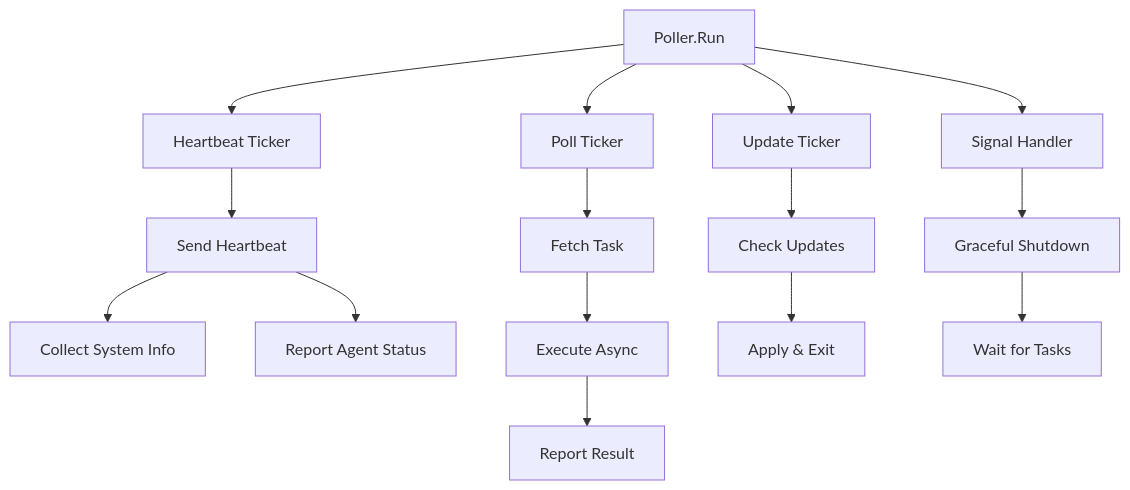
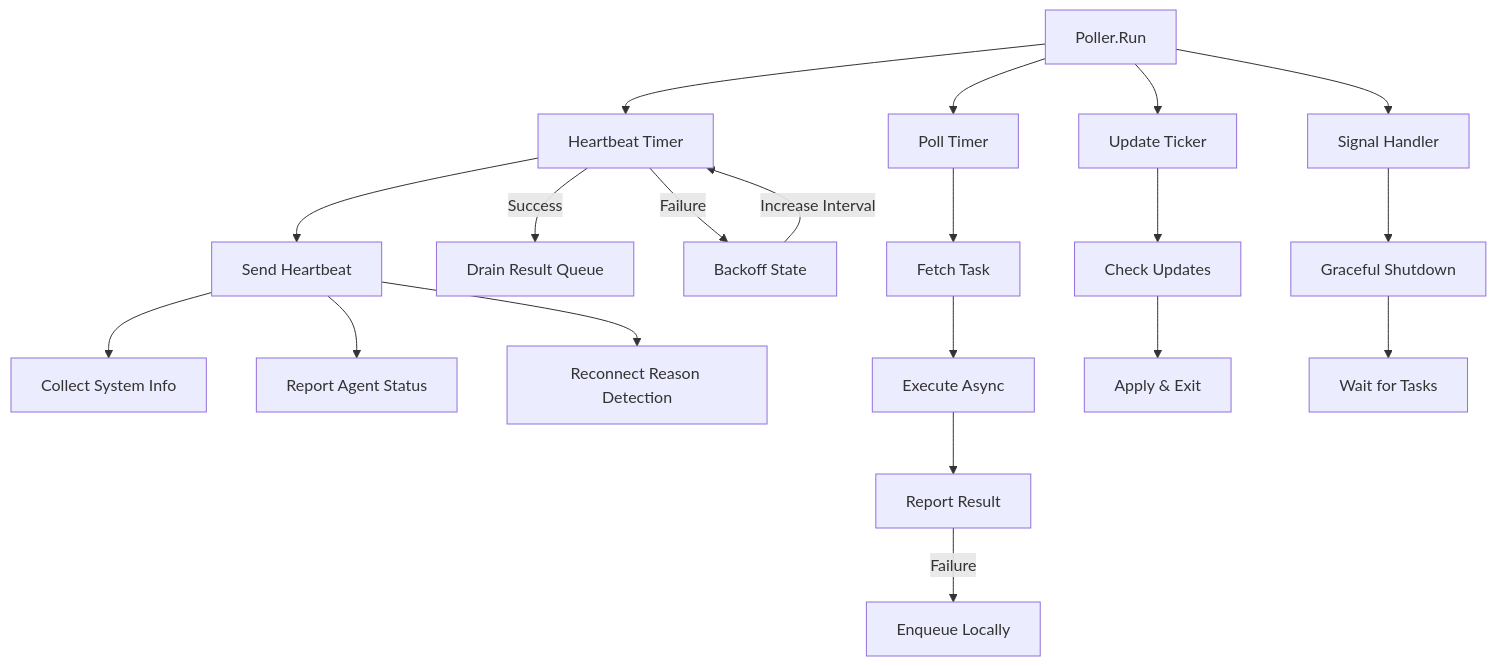
The first of 3 diagrams in wiki/docs/developer-guide/agent/architecture.md (projectachilles/ProjectAchilles), drawn with Mermaid before and after one commit. The commit also changed other lines of this file and 5 other files, not shown here.

````diff
--- a/wiki/docs/developer-guide/agent/architecture.md
+++ b/wiki/docs/developer-guide/agent/architecture.md
@@ -17,21 +17,27 @@
 ```mermaid
 graph TD
-    A[Poller.Run] --> B[Heartbeat Ticker]
-    A --> C[Poll Ticker]
+    A[Poller.Run] --> B[Heartbeat Timer]
+    A --> C[Poll Timer]
     A --> D[Update Ticker]
     A --> E[Signal Handler]
 
     B --> F[Send Heartbeat]
     F --> G[Collect System Info]
     F --> H[Report Agent Status]
+    F --> I[Reconnect Reason Detection]
 
-    C --> I[Fetch Task]
-    I --> J[Execute Async]
-    J --> K[Report Result]
+    B -->|Success| J[Drain Result Queue]
+    B -->|Failure| K[Backoff State]
+    K -->|Increase Interval| B
 
-    D --> L[Check Updates]
-    L --> M[Apply & Exit]
+    C --> L[Fetch Task]
+    L --> M[Execute Async]
+    M --> N[Report Result]
+    N -->|Failure| O[Enqueue Locally]
 
-    E --> N[Graceful Shutdown]
-    N --> O[Wait for Tasks]
+    D --> P[Check Updates]
+    P --> Q[Apply & Exit]
+
+    E --> R[Graceful Shutdown]
+    R --> S[Wait for Tasks]
 ```
````
